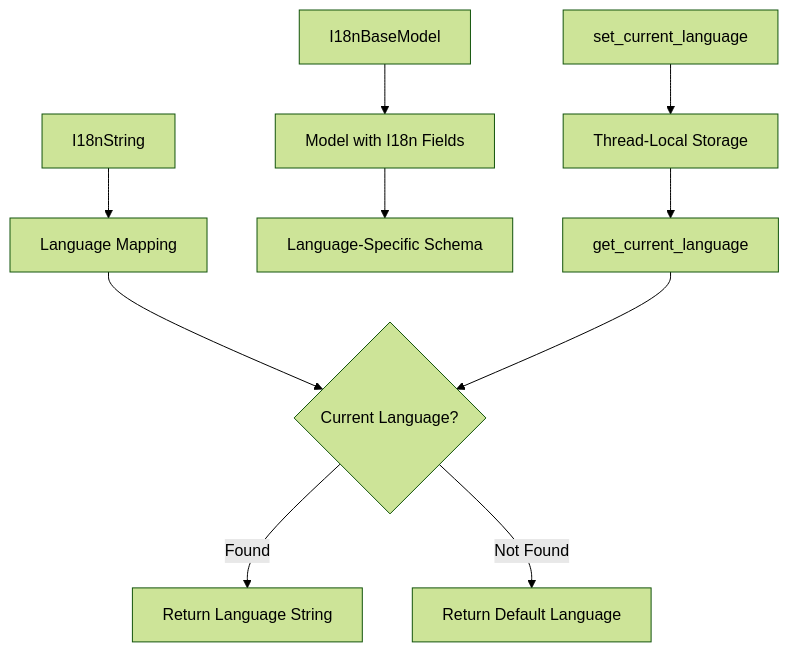
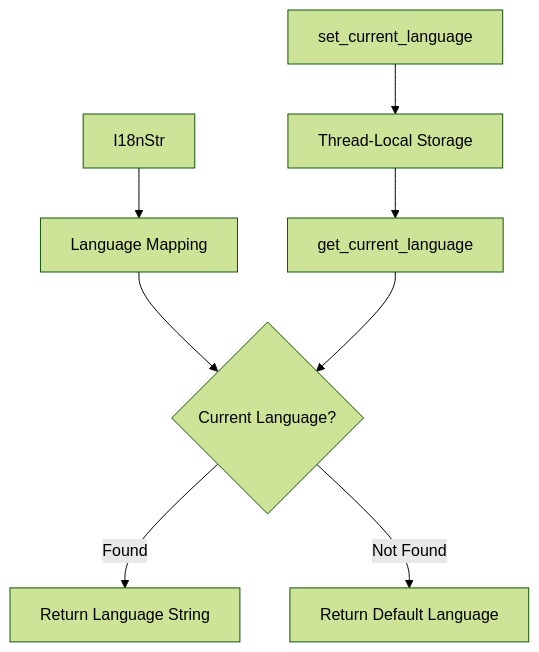
The third of 10 diagrams in docs/core_components.md (StrayDragon/flask-x-openapi-schema), drawn with Mermaid (forest theme) before and after one commit. The commit also changed other lines of this file and 18 other files, not shown here.

````diff
--- a/docs/core_components.md
+++ b/docs/core_components.md
@@ -137,14 +144,11 @@
 ```mermaid
 graph TD
-    A[I18nString] --> B[Language Mapping]
+    A[I18nStr] --> B[Language Mapping]
     B --> C{Current Language?}
     C -->|Found| D[Return Language String]
     C -->|Not Found| E[Return Default Language]
-    
-    F[I18nBaseModel] --> G[Model with I18n Fields]
-    G --> H[Language-Specific Schema]
-    
+
     I[Thread-Local Storage] --> J[get_current_language]
     J --> C
     K[set_current_language] --> I
 ```
````
